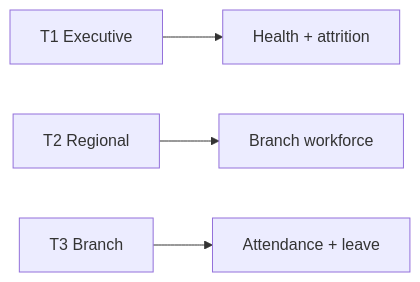
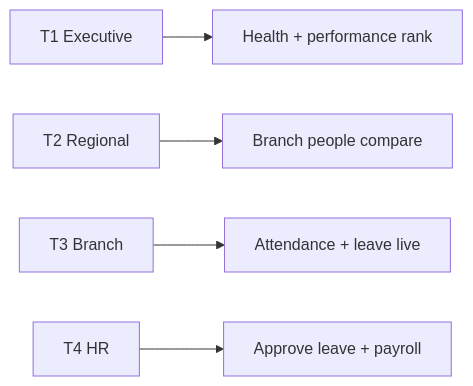
The second of 5 diagrams in Dashboard_final_v0/HRM.md (Aurifex-Innovations/ERP_docs), drawn with Mermaid before and after one commit. The commit also changed other lines of this file, not shown here.

````diff
--- a/Dashboard_final_v0/HRM.md
+++ b/Dashboard_final_v0/HRM.md
@@ -97,6 +120,7 @@
 ```mermaid
 flowchart LR
-  t1["T1 Executive"] --> health["Health + attrition"]
-  t2["T2 Regional"] --> compare["Branch workforce"]
-  t3["T3 Branch"] --> daily["Attendance + leave"]
+  t1["T1 Executive"] --> health["Health + performance rank"]
+  t2["T2 Regional"] --> compare["Branch people compare"]
+  t3["T3 Branch"] --> daily["Attendance + leave live"]
+  t4["T4 HR"] --> ops["Approve leave + payroll"]
 ```
````
